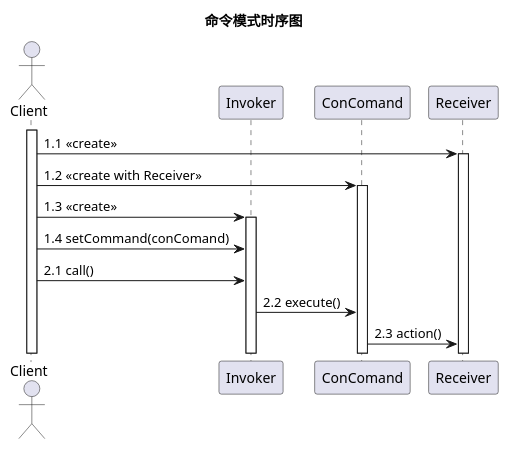
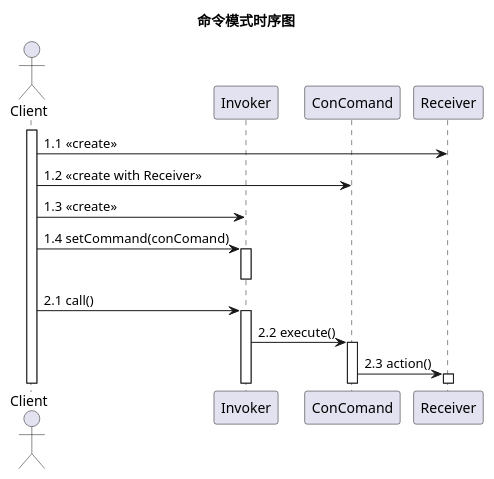
Before and after one commit to echcz/design-pattern: the diagram in behavioral/command-timing.puml, drawn with PlantUML. The commit also changed 9 other files, not shown here.

```diff
--- a/behavioral/command-timing.puml
+++ b/behavioral/command-timing.puml
@@ -1,20 +1,22 @@
 @startuml
 title 命令模式时序图
 
 actor Client
 participant Invoker
 participant ConComand
 participant Receiver
 
 activate Client
 Client -> Receiver: 1.1 <<create>>
+Client -> ConComand: 1.2 <<create with Receiver>>
+Client -> Invoker: 1.3 <<create>>
+Client -> Invoker: 1.4 setCommand(conComand)
+activate Invoker
+deactivate Invoker
+Client -> Invoker: 2.1 call()
+activate Invoker
+Invoker -> ConComand: 2.2 execute()
+activate ConComand
+ConComand -> Receiver: 2.3 action()
 activate Receiver
-Client -> ConComand: 1.2 <<create with Receiver>>
-activate ConComand
-Client -> Invoker: 1.3 <<create>>
-activate Invoker
-Client -> Invoker: 1.4 setCommand(conComand)
-Client -> Invoker: 2.1 call()
-Invoker -> ConComand: 2.2 execute()
-ConComand -> Receiver: 2.3 action()
 @enduml
```
